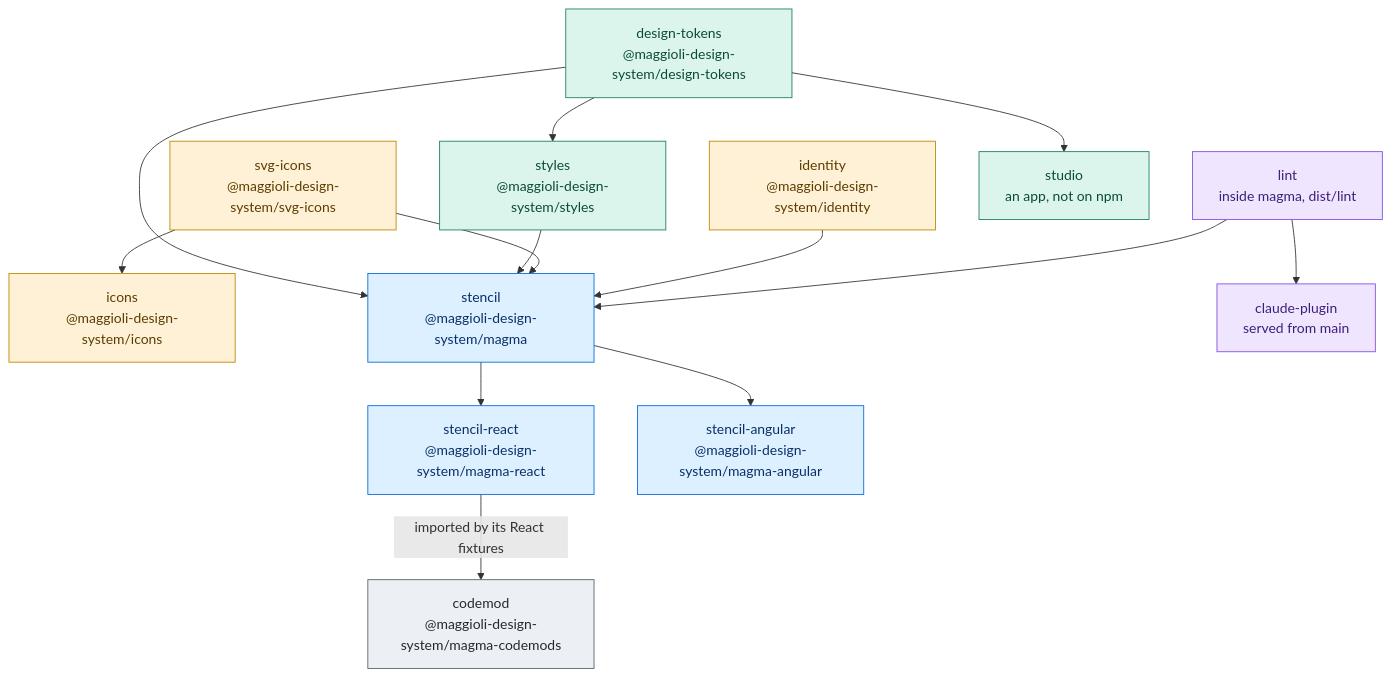
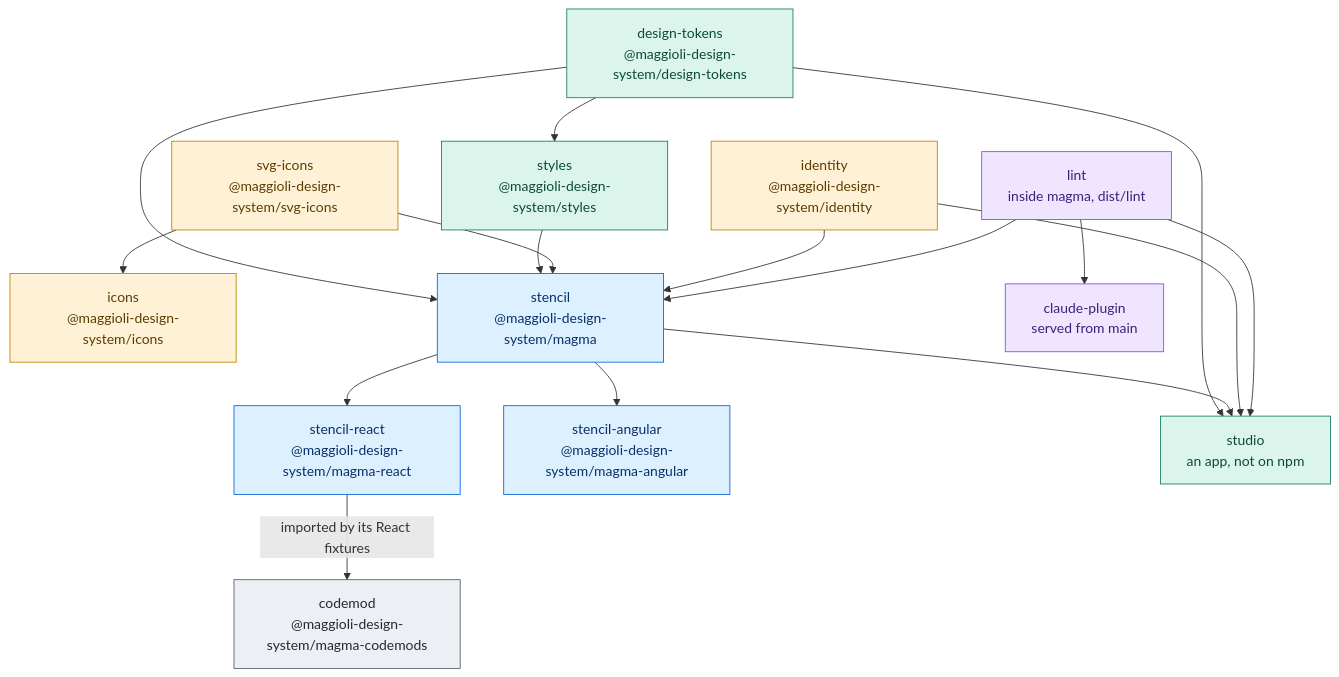
Before and after one commit to magma-design-system/magma: the first of 2 diagrams in docs/ARCHITECTURE.md, drawn with Mermaid. The commit also changed other lines of this file and 24 other files, not shown here.

````diff
--- a/docs/ARCHITECTURE.md
+++ b/docs/ARCHITECTURE.md
@@ -7,40 +7,43 @@
 ```mermaid
 graph TD
   DT["design-tokens<br/>@maggioli-design-system/design-tokens"]
   ID["identity<br/>@maggioli-design-system/identity"]
   SI["svg-icons<br/>@maggioli-design-system/svg-icons"]
   IC["icons<br/>@maggioli-design-system/icons"]
   ST["styles<br/>@maggioli-design-system/styles"]
   LINT["lint<br/>inside magma, dist/lint"]
   WC["stencil<br/>@maggioli-design-system/magma"]
   RE["stencil-react<br/>@maggioli-design-system/magma-react"]
   AN["stencil-angular<br/>@maggioli-design-system/magma-angular"]
   CM["codemod<br/>@maggioli-design-system/magma-codemods"]
   CP["claude-plugin<br/>served from main"]
   SD["studio<br/>an app, not on npm"]
 
   DT --> ST
   DT --> WC
   DT --> SD
+  WC --> SD
+  ID --> SD
+  LINT --> SD
   ST --> WC
   SI --> WC
   SI --> IC
   ID --> WC
   LINT --> WC
   LINT --> CP
   WC --> RE
   WC --> AN
   RE -->|"imported by its React fixtures"| CM
   class LINT,CP ai
   class ID,SI,IC assets
   class DT,ST,SD visual
   class WC,RE,AN components
   class CM tooling
   classDef ai fill:#efe5ff,stroke:#8250df,color:#3e1f79
   classDef assets fill:#fff1d6,stroke:#bf8700,color:#5c3d00
   classDef visual fill:#dcf5ec,stroke:#1a7f64,color:#0b4a3a
   classDef components fill:#ddf0ff,stroke:#0969da,color:#0a3069
   classDef tooling fill:#eceff3,stroke:#57606a,color:#24292f
   classDef outside fill:#ffffff,stroke:#8c959f,color:#24292f
   classDef area fill:none,stroke:#8c959f
 ```
````
